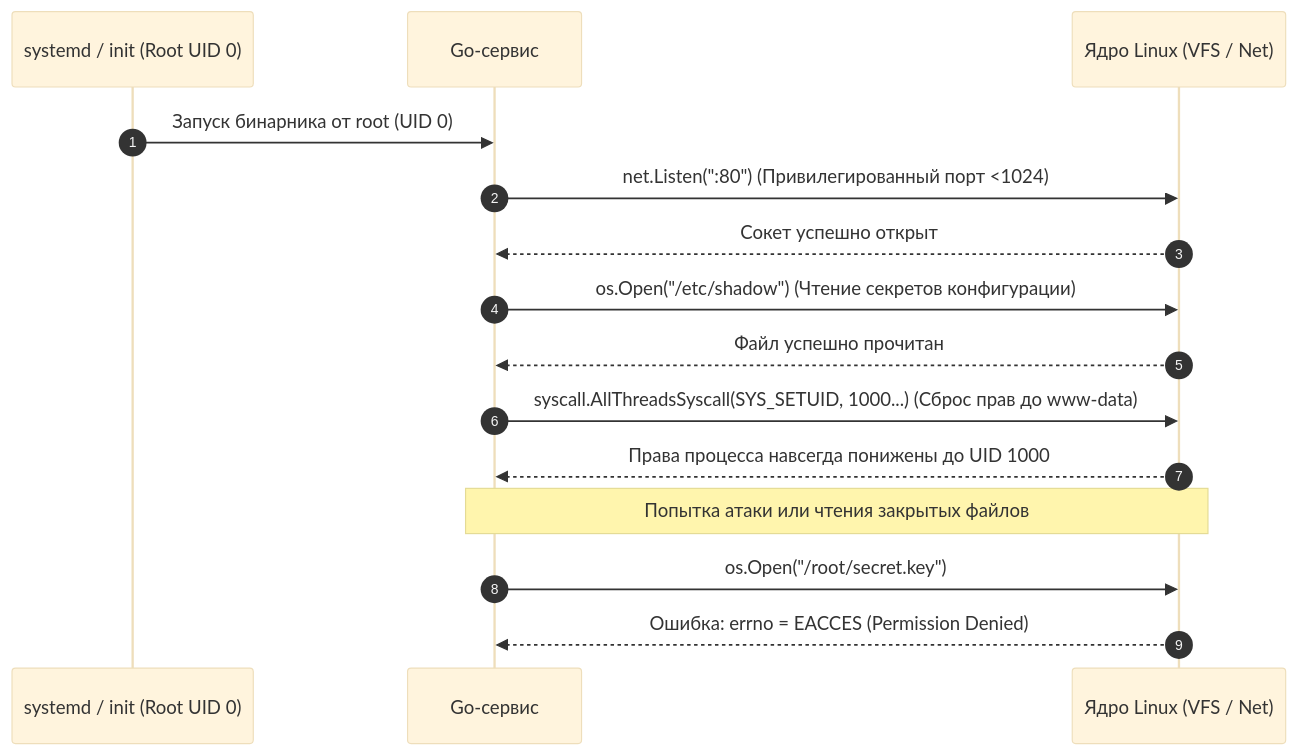
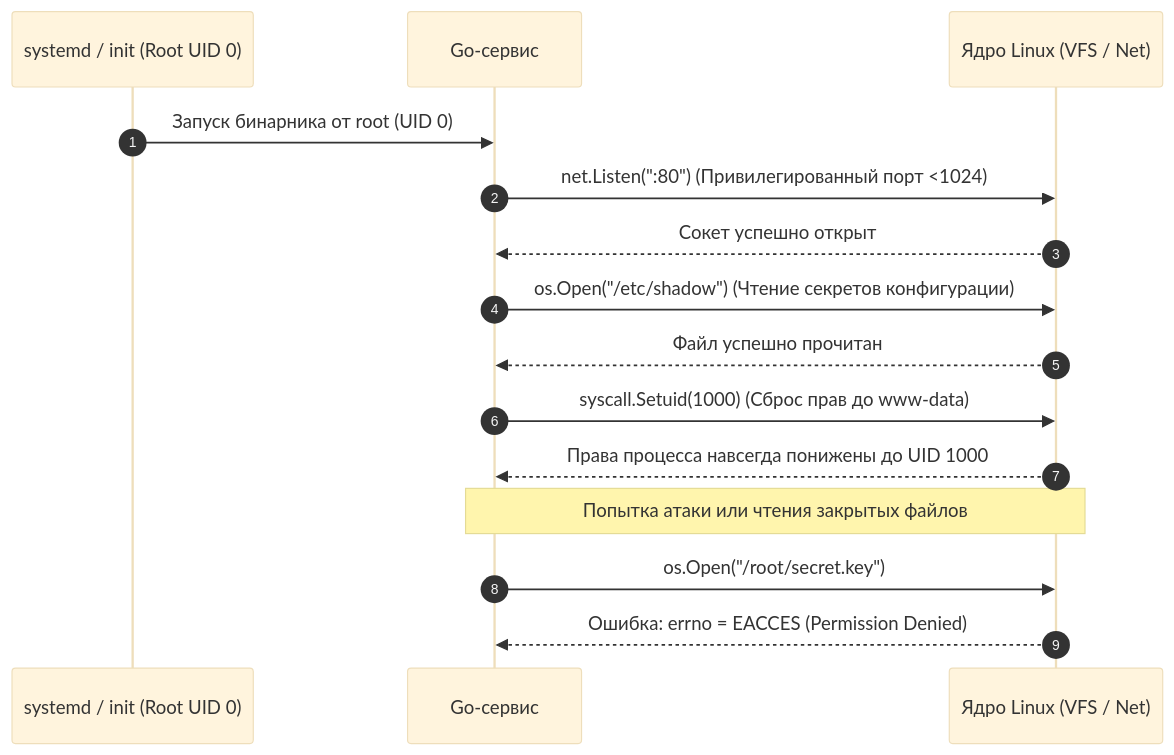
The fifth of 5 diagrams in sources/2. Устройство и работа ОС/56. Безопасность ОС. Права доступа, users, groups.md (UnrealTemplier/go-textbook-ru), drawn with Mermaid (base theme) before and after one commit. The commit also changed other lines of this file and 59 other files, not shown here.

````diff
--- a/sources/2. Устройство и работа ОС/56. Безопасность ОС. Права доступа, users, groups.md
+++ b/sources/2. Устройство и работа ОС/56. Безопасность ОС. Права доступа, users, groups.md
@@ -293,18 +291,18 @@
 ```mermaid
 sequenceDiagram
     autonumber
     participant Init as systemd / init (Root UID 0)
     participant GoApp as Go-сервис
     participant Kernel as Ядро Linux (VFS / Net)
 
     Init->>GoApp: Запуск бинарника от root (UID 0)
     GoApp->>Kernel: net.Listen(":80") (Привилегированный порт <1024)
     Kernel-->>GoApp: Сокет успешно открыт
     GoApp->>Kernel: os.Open("/etc/shadow") (Чтение секретов конфигурации)
     Kernel-->>GoApp: Файл успешно прочитан
-    GoApp->>Kernel: syscall.AllThreadsSyscall(SYS_SETUID, 1000...) (Сброс прав до www-data)
+    GoApp->>Kernel: syscall.Setuid(1000) (Сброс прав до www-data)
     Kernel-->>GoApp: Права процесса навсегда понижены до UID 1000
     Note over GoApp,Kernel: Попытка атаки или чтения закрытых файлов
     GoApp->>Kernel: os.Open("/root/secret.key")
     Kernel-->>GoApp: Ошибка: errno = EACCES (Permission Denied)
 ```
````
